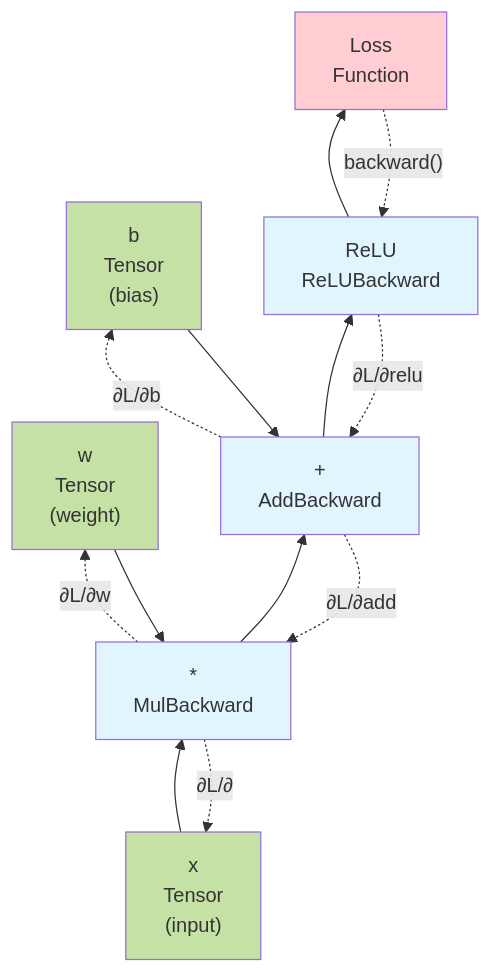
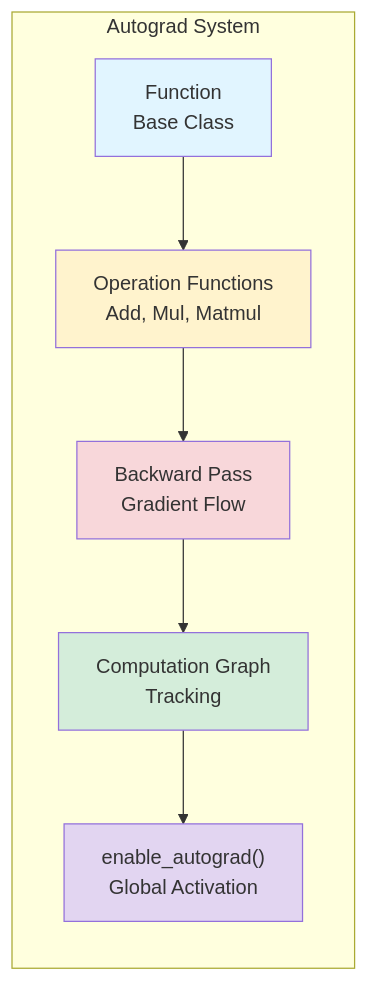
The diagram in tinytorch/src/05_autograd/ABOUT.md (harvard-edge/cs249r_book), drawn with Mermaid before and after one commit. The commit also changed other lines of this file and 18 other files, not shown here.

````diff
--- a/tinytorch/src/05_autograd/ABOUT.md
+++ b/tinytorch/src/05_autograd/ABOUT.md
@@ -24,24 +35,18 @@
 ```{mermaid}
-graph BT
-    x["x<br/>Tensor<br/>(input)"] --> mul["*<br/>MulBackward"]
-    w["w<br/>Tensor<br/>(weight)"] --> mul
-    mul --> add["+<br/>AddBackward"]
-    b["b<br/>Tensor<br/>(bias)"] --> add
-    add --> relu["ReLU<br/>ReLUBackward"]
-    relu --> loss["Loss<br/>Function"]
+flowchart LR
+    subgraph "Autograd System"
+        A["Function<br/>Base Class"]
+        B["Operation Functions<br/>Add, Mul, Matmul"]
+        C["Backward Pass<br/>Gradient Flow"]
+        D["Computation Graph<br/>Tracking"]
+        E["enable_autograd()<br/>Global Activation"]
+    end
 
-    loss -.backward().-> relu
-    relu -.∂L/∂relu.-> add
-    add -.∂L/∂add.-> mul
-    add -.∂L/∂b.-> b
-    mul -.∂L/∂x.-> x
-    mul -.∂L/∂w.-> w
+    A --> B --> C --> D --> E
 
-    style loss fill:#ffcdd2
-    style x fill:#c5e1a5
-    style w fill:#c5e1a5
-    style b fill:#c5e1a5
-    style mul fill:#e1f5fe
-    style add fill:#e1f5fe
-    style relu fill:#e1f5fe
+    style A fill:#e1f5ff
+    style B fill:#fff3cd
+    style C fill:#f8d7da
+    style D fill:#d4edda
+    style E fill:#e2d5f1
 ```
````
